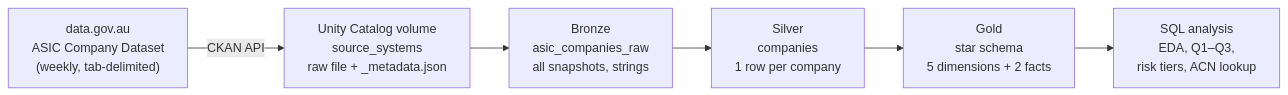
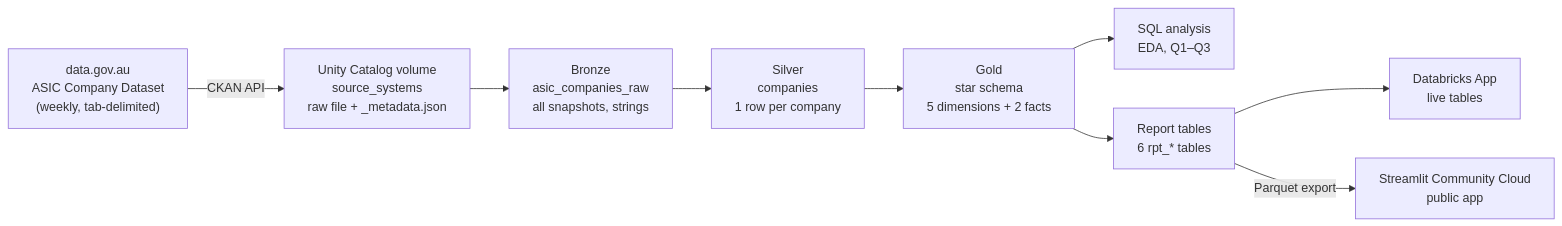
One commit to manaswinidoma/sme-lending-risk-analytics changed the first of 2 diagrams in Readme.md. Above: the diagram before and after it, drawn with Mermaid. The commit also changed other lines of this file, not shown here.

````diff
--- a/Readme.md
+++ b/Readme.md
@@ -368,8 +423,11 @@
 ```mermaid
 flowchart LR
     A["data.gov.au<br/>ASIC Company Dataset<br/>(weekly, tab-delimited)"] -->|CKAN API| B["Unity Catalog volume<br/>source_systems<br/>raw file + _metadata.json"]
     B --> C["Bronze<br/>asic_companies_raw<br/>all snapshots, strings"]
     C --> D["Silver<br/>companies<br/>1 row per company"]
     D --> E["Gold<br/>star schema<br/>5 dimensions + 2 facts"]
-    E --> F["SQL analysis<br/>EDA, Q1–Q3,<br/>risk tiers, ACN lookup"]
+    E --> F["SQL analysis<br/>EDA, Q1–Q3"]
+    E --> G["Report tables<br/>6 rpt_* tables"]
+    G --> H["Databricks App<br/>live tables"]
+    G -->|Parquet export| I["Streamlit Community Cloud<br/>public app"]
 ```
````
